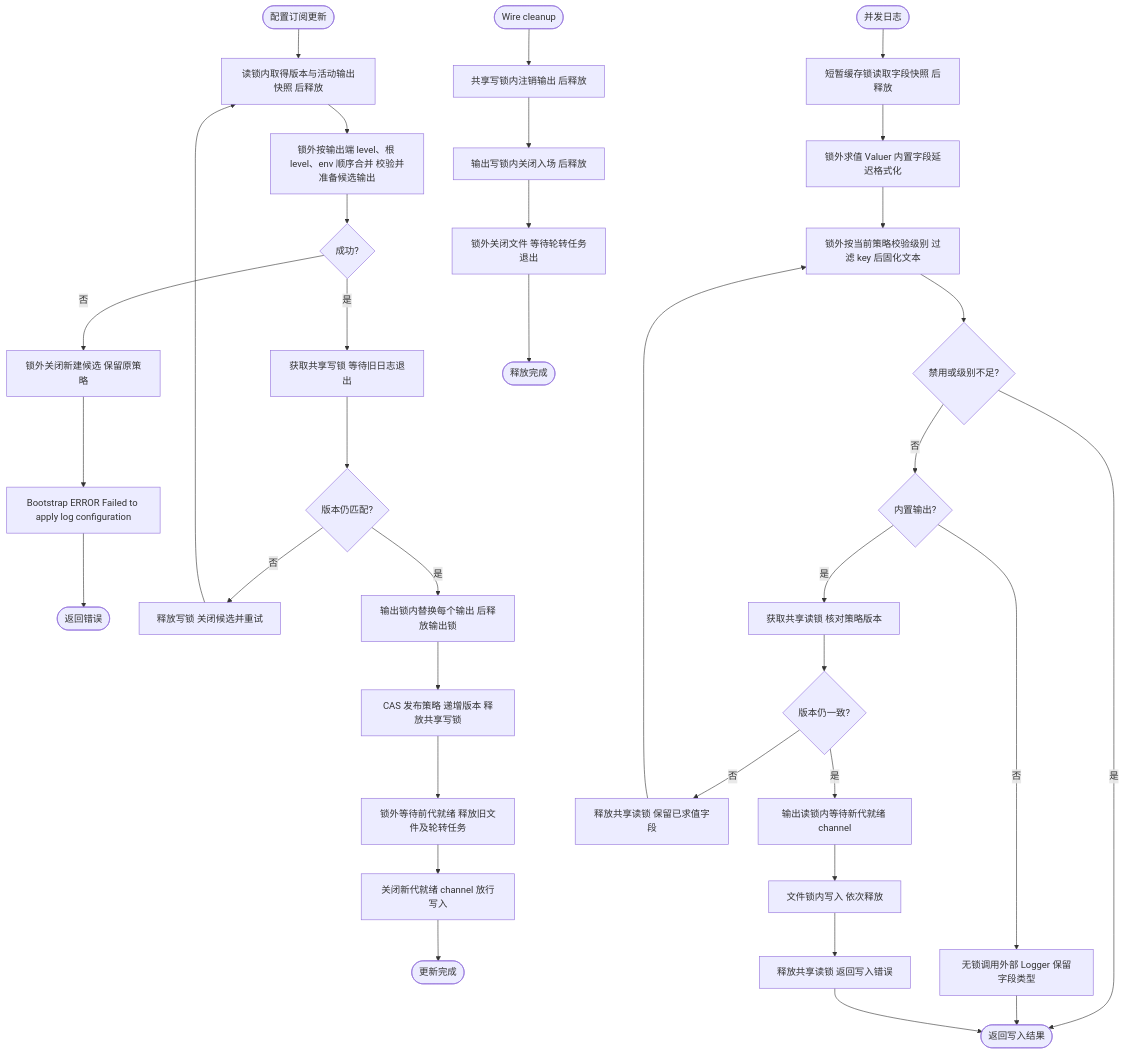
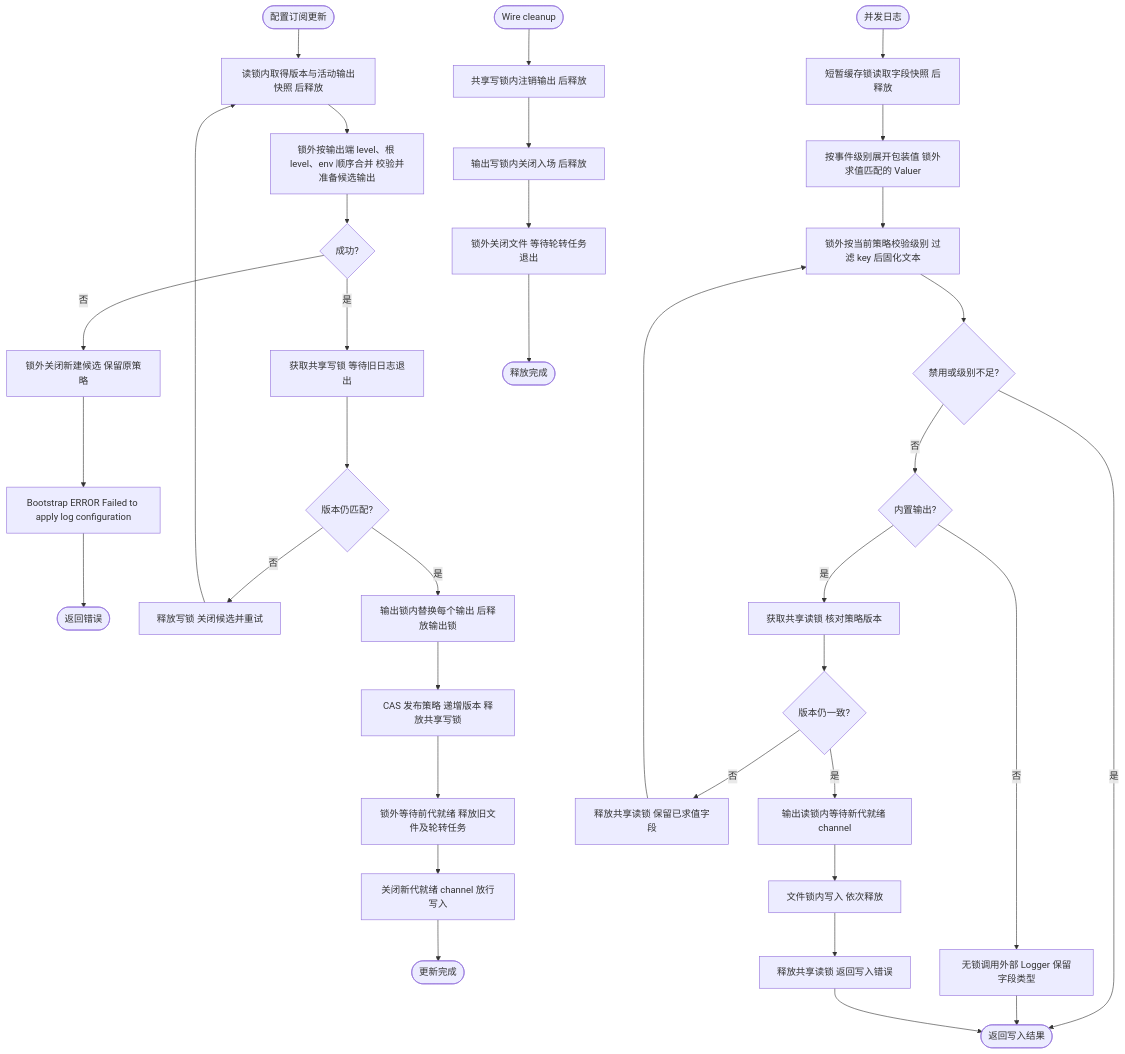
One commit to jaggerzhuang1994/kratos-foundation changed the first of 6 diagrams in pkg/log/README.md. Above: the diagram before and after it, drawn with Mermaid. The commit also changed other lines of this file and 122 other files, not shown here.

````diff
--- a/pkg/log/README.md
+++ b/pkg/log/README.md
@@ -82,38 +83,38 @@
 ```mermaid
 flowchart TD
     A([配置订阅更新]) --> B[读锁内取得版本与活动输出快照 后释放]
     B --> C[锁外按输出端 level、根 level、env 顺序合并 校验并准备候选输出]
     C --> D{成功?}
     D -- 否 --> E[锁外关闭新建候选 保留原策略]
     E --> W[Bootstrap ERROR Failed to apply log configuration]
     W --> Z([返回错误])
     D -- 是 --> F[获取共享写锁 等待旧日志退出]
     F --> G{版本仍匹配?}
     G -- 否 --> H[释放写锁 关闭候选并重试]
     H --> B
     G -- 是 --> I[输出锁内替换每个输出 后释放输出锁]
     I --> J[CAS 发布策略 递增版本 释放共享写锁]
     J --> K[锁外等待前代就绪 释放旧文件及轮转任务]
     K --> KA[关闭新代就绪 channel 放行写入]
     KA --> L([更新完成])
     R([并发日志]) --> R1[短暂缓存锁读取字段快照 后释放]
-    R1 --> R2[锁外求值 Valuer 内置字段延迟格式化]
+    R1 --> R2[按事件级别展开包装值 锁外求值匹配的 Valuer]
     R2 --> R3[锁外按当前策略校验级别 过滤 key 后固化文本]
     R3 --> R4{禁用或级别不足?}
     R4 -- 是 --> V([返回写入结果])
     R4 -- 否 --> R5{内置输出?}
     R5 -- 否 --> R6[无锁调用外部 Logger 保留字段类型]
     R6 --> V
     R5 -- 是 --> S[获取共享读锁 核对策略版本]
     S --> S1{版本仍一致?}
     S1 -- 否 --> S2[释放共享读锁 保留已求值字段]
     S2 --> R3
     S1 -- 是 --> SA[输出读锁内等待新代就绪 channel]
     SA --> T[文件锁内写入 依次释放]
     T --> U[释放共享读锁 返回写入错误]
     U --> V
     X([Wire cleanup]) --> Y[共享写锁内注销输出 后释放]
     Y --> AA[输出写锁内关闭入场 后释放]
     AA --> AB[锁外关闭文件 等待轮转任务退出]
     AB --> AC([释放完成])
 ```
````
